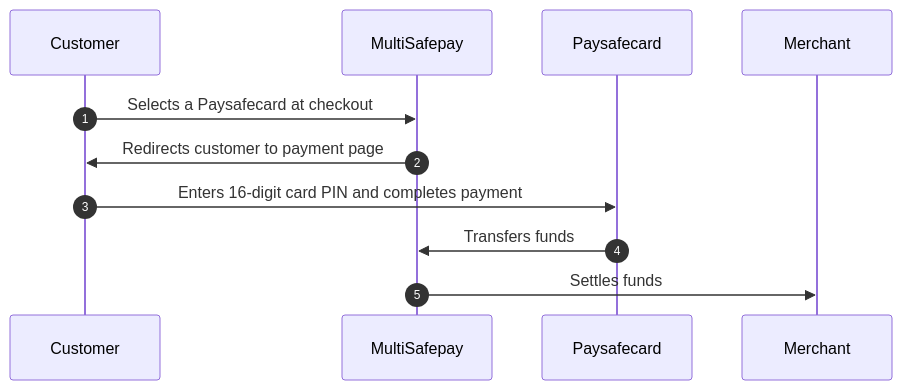
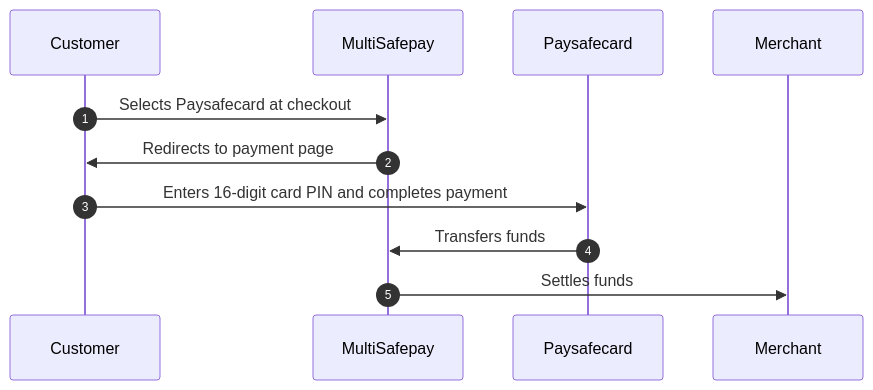
Before and after one commit to MultiSafepay/docs: the diagram in content/payments/methods/prepaid-cards/paysafecard/payment-flow.md, drawn with Mermaid. The commit also changed other lines of this file and 35 other files, not shown here.

```diff
--- a/content/payments/methods/prepaid-cards/paysafecard/payment-flow.md
+++ b/content/payments/methods/prepaid-cards/paysafecard/payment-flow.md
@@ -16,16 +16,16 @@
 {{< mermaid class="text-center" >}}
 
 sequenceDiagram
     autonumber
     participant C as Customer
     participant Mu as MultiSafepay
     participant P as Paysafecard
     participant Me as Merchant
 
-    C->>Mu: Selects a Paysafecard at checkout
-    Mu->>C: Redirects customer to payment page
+    C->>Mu: Selects Paysafecard at checkout
+    Mu->>C: Redirects to payment page
     C->>P: Enters 16-digit card PIN and completes payment
     P->>Mu: Transfers funds 
     Mu->>Me: Settles funds
 
 {{< /mermaid >}}
```
